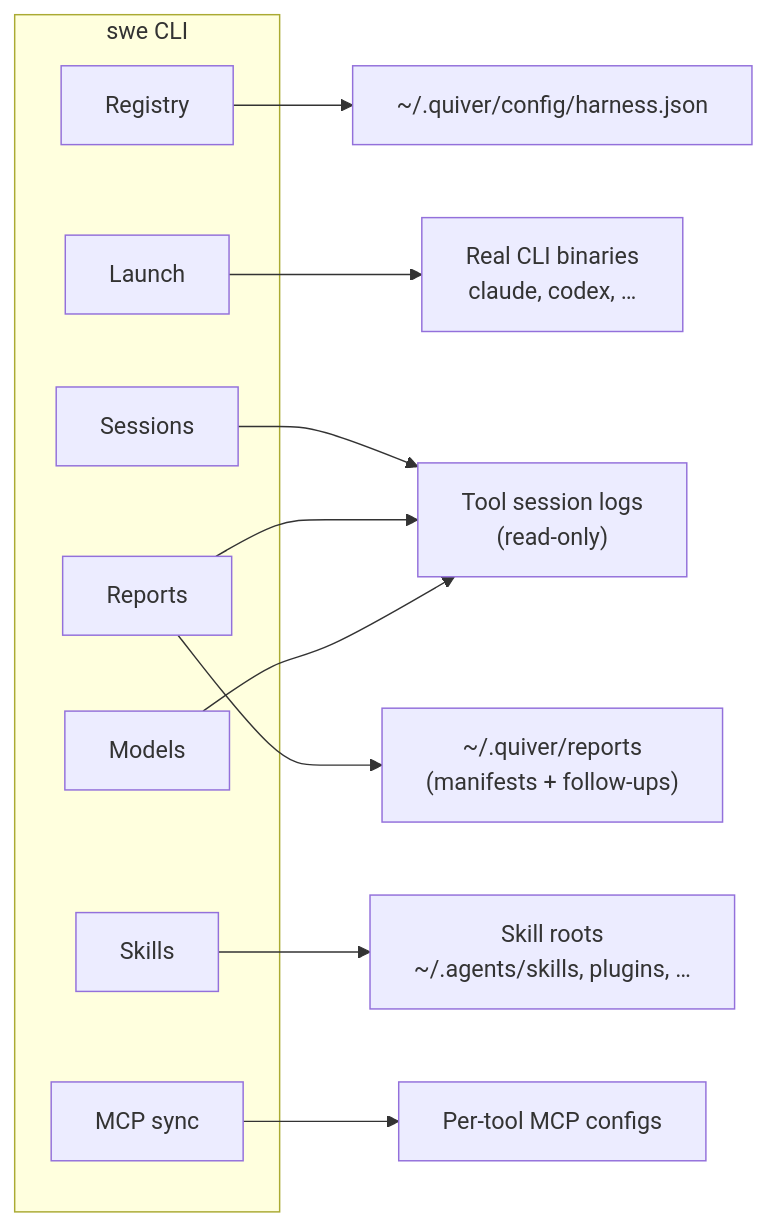
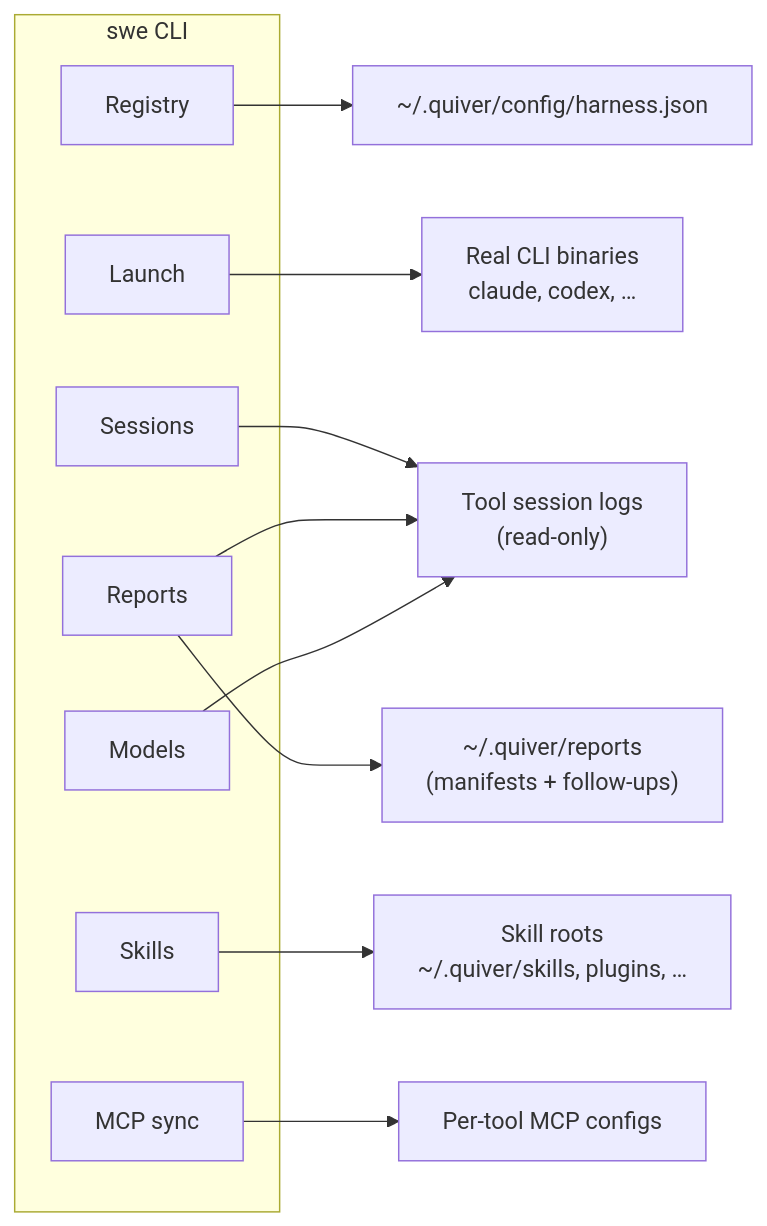
One commit to c-wenlong/quiver changed the diagram in README.md. Above: the diagram before and after it, drawn with Mermaid. The commit also changed other lines of this file and 19 other files, not shown here.

````diff
--- a/README.md
+++ b/README.md
@@ -375,21 +376,21 @@
 ```mermaid
 flowchart LR
   subgraph swe["swe CLI"]
     R[Registry]
     L[Launch]
     S[Sessions]
     RP[Reports]
     M[Models]
     K[Skills]
     P[MCP sync]
   end
 
   R --> TJ["~/.quiver/config/harness.json"]
   S --> Logs["Tool session logs\n(read-only)"]
   RP --> Logs
   RP --> Reports["~/.quiver/reports\n(manifests + follow-ups)"]
   M --> Logs
-  K --> Roots["Skill roots\n~/.agents/skills, plugins, …"]
+  K --> Roots["Skill roots\n~/.quiver/skills, plugins, …"]
   P --> MCP["Per-tool MCP configs"]
   L --> Bin["Real CLI binaries\nclaude, codex, …"]
 ```
````
